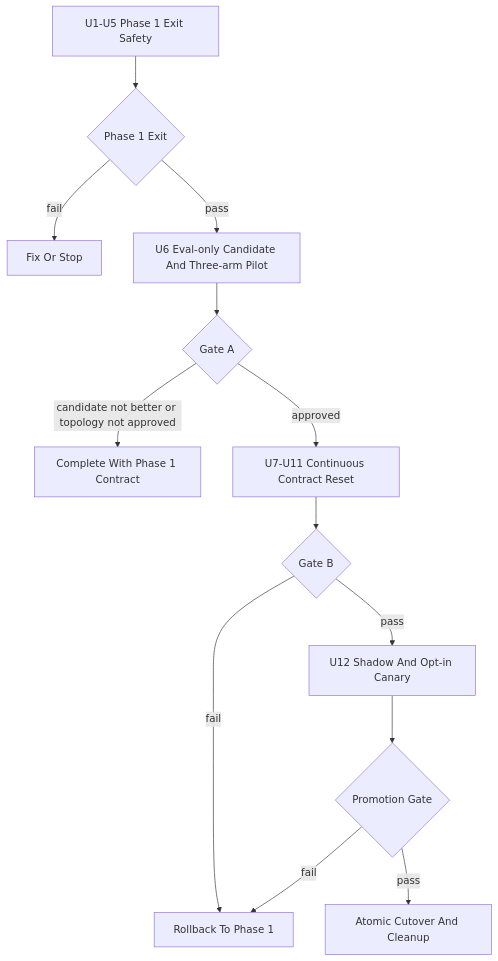
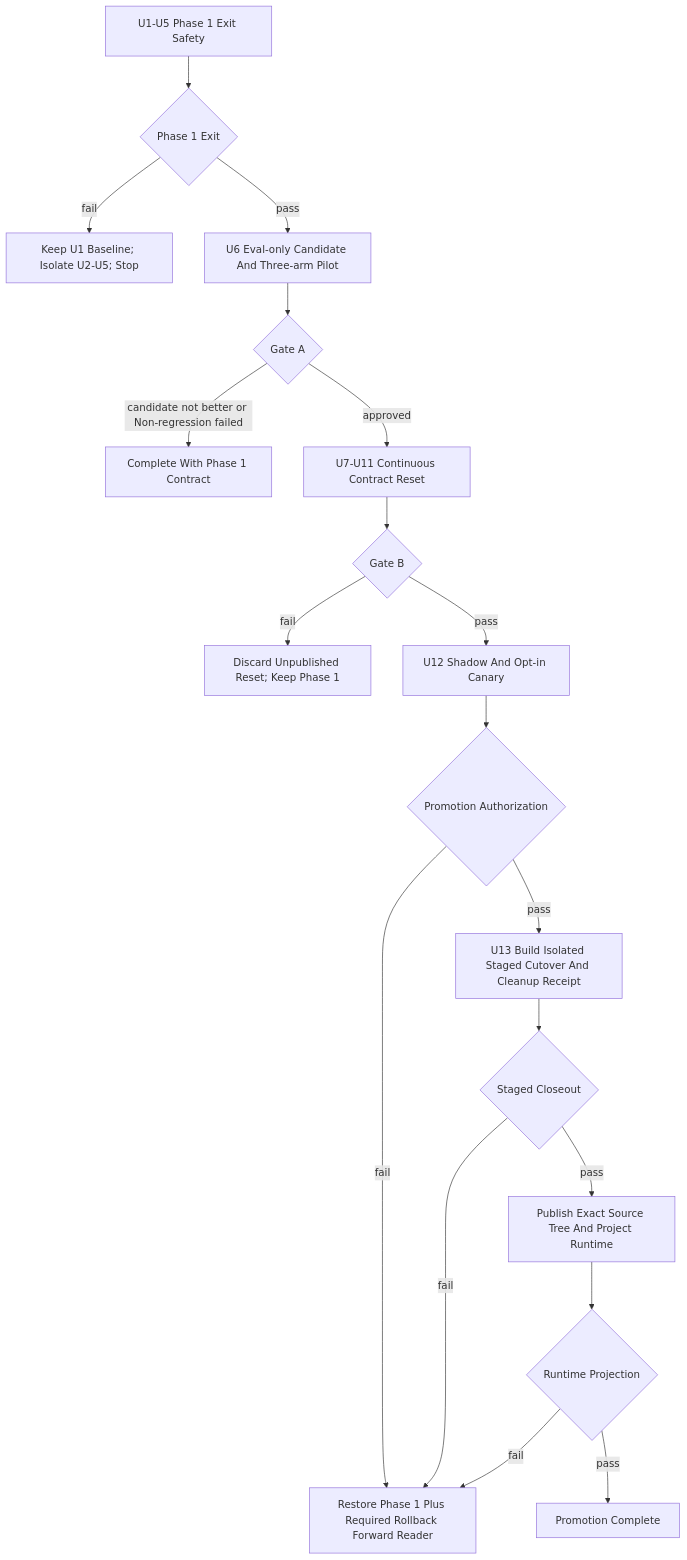
Before and after one commit to leo-kuang-ai/spec-first: the third of 3 diagrams in docs/plans/2026-07-11-002-refactor-spec-prd-product-decision-synthesis-plan.md, drawn with Mermaid. The commit also changed other lines of this file and 27 other files, not shown here.

````diff
--- a/docs/plans/2026-07-11-002-refactor-spec-prd-product-decision-synthesis-plan.md
+++ b/docs/plans/2026-07-11-002-refactor-spec-prd-product-decision-synthesis-plan.md
@@ -224,15 +251,21 @@
 ```mermaid
 flowchart TB
   P1[U1-U5 Phase 1 Exit Safety] --> E1{Phase 1 Exit}
-  E1 -->|fail| X1[Fix Or Stop]
+  E1 -->|fail| X1[Keep U1 Baseline; Isolate U2-U5; Stop]
   E1 -->|pass| P15[U6 Eval-only Candidate And Three-arm Pilot]
   P15 --> GA{Gate A}
-  GA -->|candidate not better or topology not approved| STOP[Complete With Phase 1 Contract]
+  GA -->|candidate not better or Non-regression failed| STOP[Complete With Phase 1 Contract]
   GA -->|approved| CR[U7-U11 Continuous Contract Reset]
   CR --> GB{Gate B}
-  GB -->|fail| RB[Rollback To Phase 1]
+  GB -->|fail| DISCARD[Discard Unpublished Reset; Keep Phase 1]
   GB -->|pass| SH[U12 Shadow And Opt-in Canary]
-  SH --> PG{Promotion Gate}
-  PG -->|fail| RB
-  PG -->|pass| CUT[Atomic Cutover And Cleanup]
+  SH --> PA{Promotion Authorization}
+  PA -->|fail| RB[Restore Phase 1 Plus Required Rollback Forward Reader]
+  PA -->|pass| STAGE[U13 Build Isolated Staged Cutover And Cleanup Receipt]
+  STAGE --> SC{Staged Closeout}
+  SC -->|fail| RB
+  SC -->|pass| PUB[Publish Exact Source Tree And Project Runtime]
+  PUB --> RP{Runtime Projection}
+  RP -->|fail| RB
+  RP -->|pass| DONE[Promotion Complete]
 ```
````
